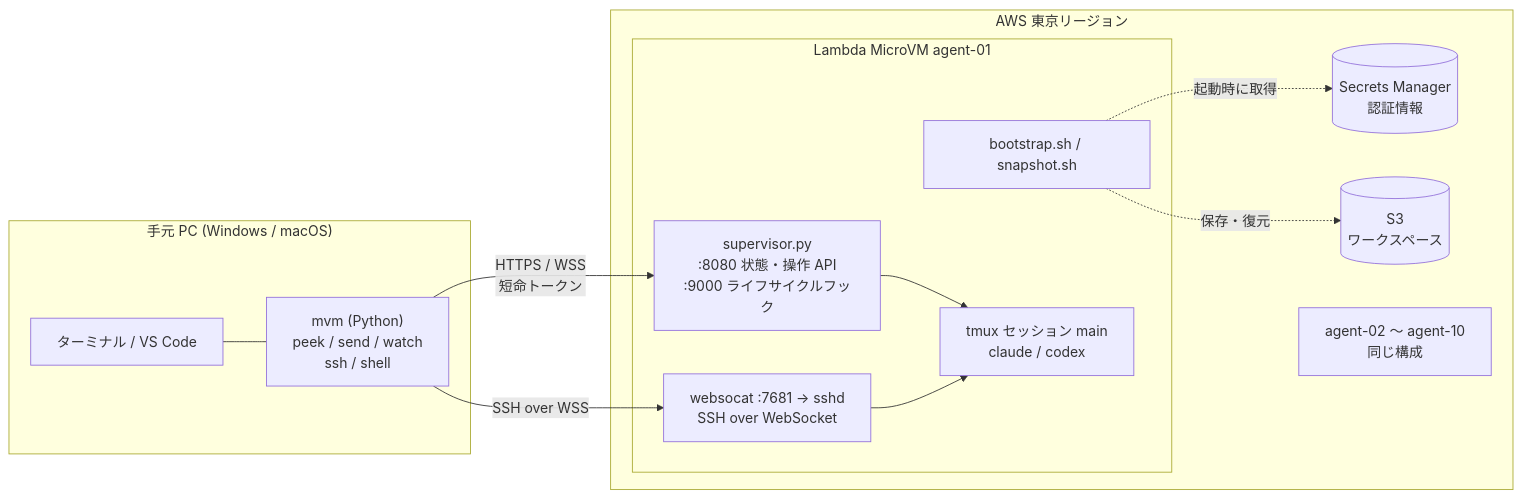
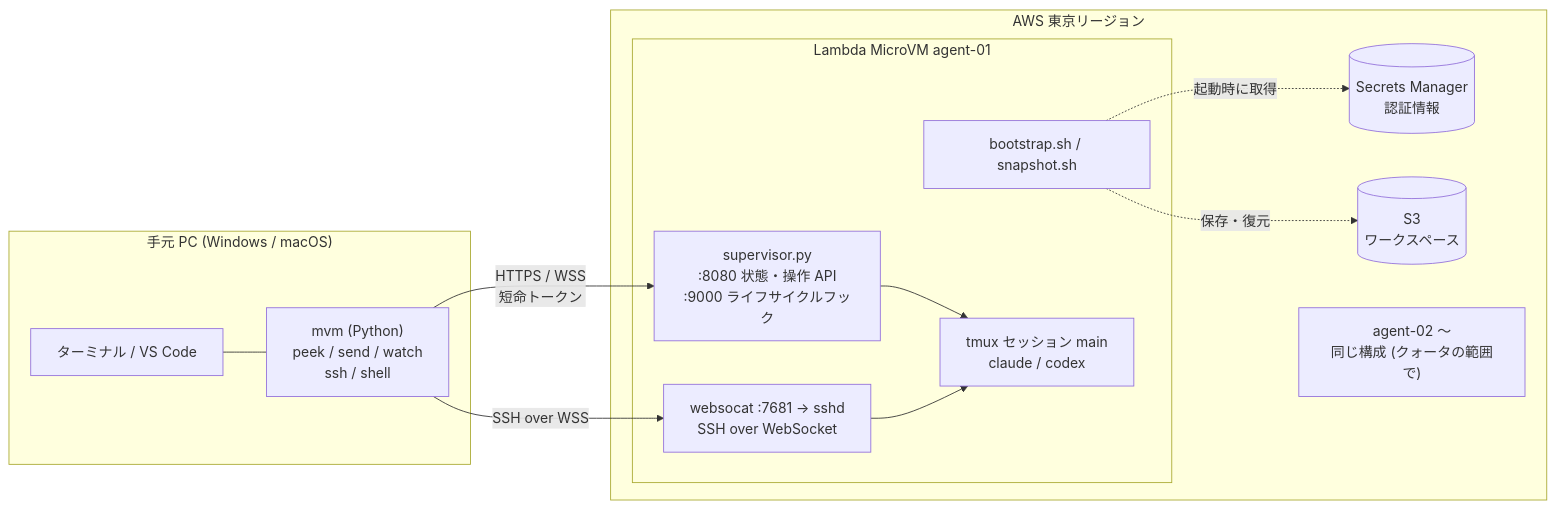
One commit to yucn6201g/parallel-microvms-agents changed the diagram in README.md. Above: the diagram before and after it, drawn with Mermaid. The commit also changed other lines of this file and 20 other files, not shown here.

````diff
--- a/README.md
+++ b/README.md
@@ -6,26 +6,26 @@
 ```mermaid
 flowchart LR
   subgraph PC["手元 PC (Windows / macOS)"]
     term["ターミナル / VS Code"]
     mvm["mvm (Python)<br/>peek / send / watch<br/>ssh / shell"]
   end
   subgraph AWS["AWS 東京リージョン"]
     subgraph VM1["Lambda MicroVM agent-01"]
       sup["supervisor.py<br/>:8080 状態・操作 API<br/>:9000 ライフサイクルフック"]
       bridge["websocat :7681 → sshd<br/>SSH over WebSocket"]
       tmux["tmux セッション main<br/>claude / codex"]
       boot["bootstrap.sh / snapshot.sh"]
     end
     sm[("Secrets Manager<br/>認証情報")]
     s3[("S3<br/>ワークスペース")]
-    more["agent-02 〜 agent-10<br/>同じ構成"]
+    more["agent-02 〜<br/>同じ構成 (クォータの範囲で)"]
   end
   term --- mvm
   mvm -- "HTTPS / WSS<br/>短命トークン" --> sup
   mvm -- "SSH over WSS" --> bridge
   sup --> tmux
   bridge --> tmux
   boot -. "起動時に取得" .-> sm
   boot -. "保存・復元" .-> s3
   tmux ~~~ more
 ```
````
